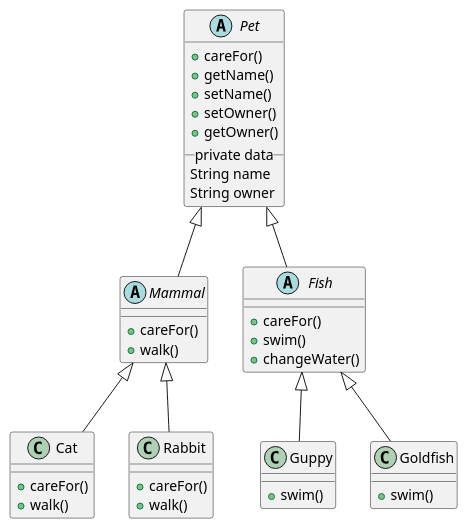
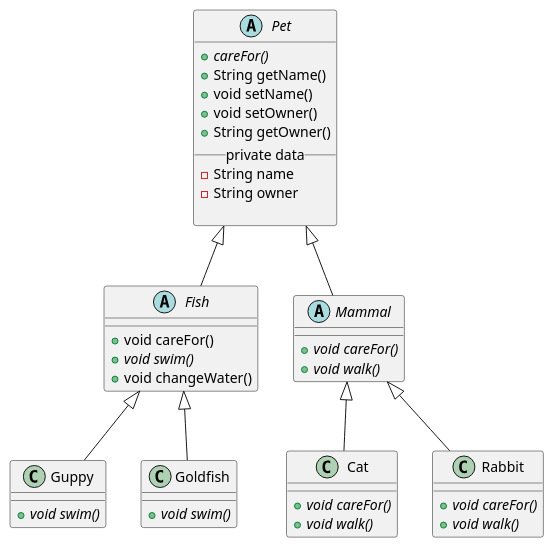
Before and after one commit to us-crypto/Pet_Management_persistence: the diagram in classDiagram.puml, drawn with PlantUML. The commit also changed 12 other files, not shown here.

```diff
--- a/classDiagram.puml
+++ b/classDiagram.puml
@@ -1,37 +1,44 @@
 @startuml
-Pet : + careFor()
-Pet : + getName()
-Pet : + setName()
-Pet : + setOwner()
-Pet : + getOwner()
-Pet <|-- Mammal
-Mammal : + careFor()
-Mammal : + walk()
+
+
 abstract class Pet{
-__ private data __
-String name
-String owner
+    {abstract} + careFor()
+    + String getName()
+    + void setName()
+    + void setOwner()
+    + String getOwner()
+    __ private data __
+    - String name
+    - String owner
+
 }
 abstract class Fish{
-
-
+    + void careFor()
+    {abstract} + void swim()
+    + void changeWater()
 }
 abstract class Mammal{
-
+    {abstract} + void careFor()
+    {abstract} + void walk()
 }
+class Cat{
+    {abstract} + void careFor()
+    {abstract} + void walk()
+}
+class Rabbit{
+    {abstract} + void careFor()
+    {abstract} + void walk()
+}
+class Guppy{
+    {abstract} + void swim()
+}
+class Goldfish{
+    {abstract} + void swim()
+}
+Pet <|-- Mammal
+Pet <|-- Fish
 Mammal <|-- Cat
-Cat : + careFor()
-Cat : + walk()
 Mammal <|-- Rabbit
-Rabbit : + careFor()
-Rabbit : + walk()
-
-Pet <|-- Fish
-Fish : + careFor()
-Fish : + swim()
-Fish : + changeWater()
 Fish <|-- Guppy
-Guppy : + swim()
 Fish <|-- Goldfish
-Goldfish : + swim()
 @enduml
```
